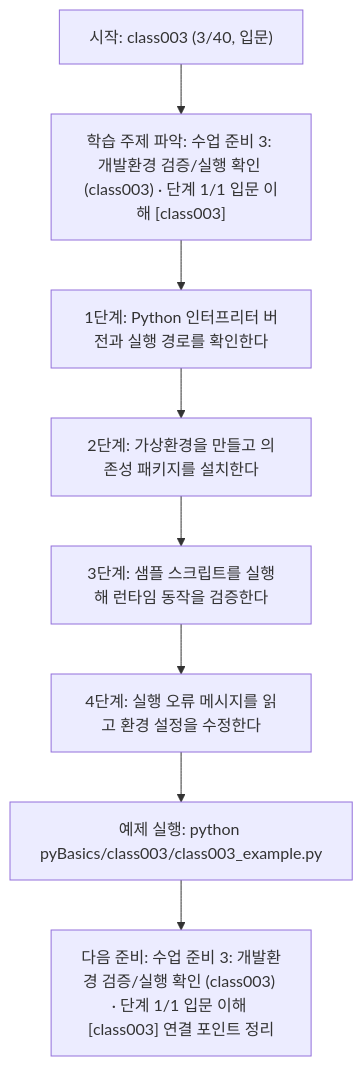
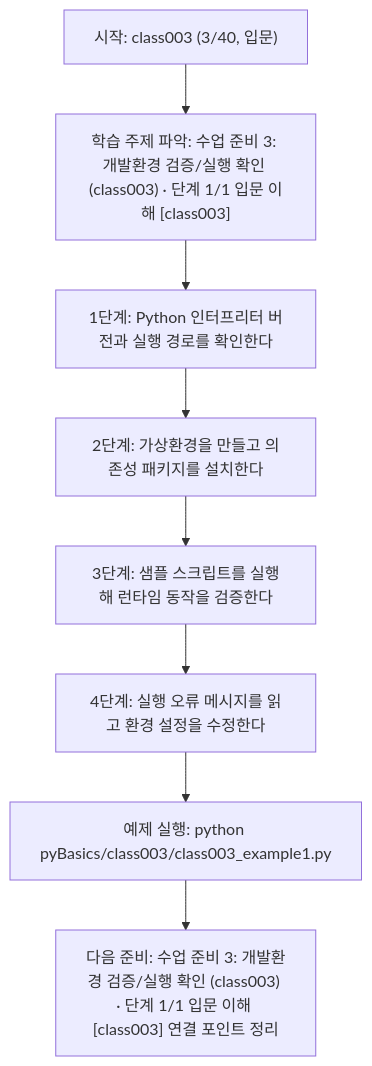
One commit to edumgt/Python-AI_Agent-Class changed the diagram in pyBasics/class003/class003.md. Above: the diagram before and after it, drawn with Mermaid. The commit also changed other lines of this file and 2959 other files, not shown here.

````diff
--- a/pyBasics/class003/class003.md
+++ b/pyBasics/class003/class003.md
@@ -110,18 +110,18 @@
 ```mermaid
 flowchart TD
 N1["시작: class003 (3/40, 입문)"]
 N2["학습 주제 파악: 수업 준비 3: 개발환경 검증/실행 확인 (class003) · 단계 1/1 입문 이해 [class003]"]
 N3["1단계: Python 인터프리터 버전과 실행 경로를 확인한다"]
 N4["2단계: 가상환경을 만들고 의존성 패키지를 설치한다"]
 N5["3단계: 샘플 스크립트를 실행해 런타임 동작을 검증한다"]
 N6["4단계: 실행 오류 메시지를 읽고 환경 설정을 수정한다"]
-N7["예제 실행: python pyBasics/class003/class003_example.py"]
+N7["예제 실행: python pyBasics/class003/class003_example1.py"]
 N8["다음 준비: 수업 준비 3: 개발환경 검증/실행 확인 (class003) · 단계 1/1 입문 이해 [class003] 연결 포인트 정리"]
 N1 --> N2
 N2 --> N3
 N3 --> N4
 N4 --> N5
 N5 --> N6
 N6 --> N7
 N7 --> N8
 ```
````
